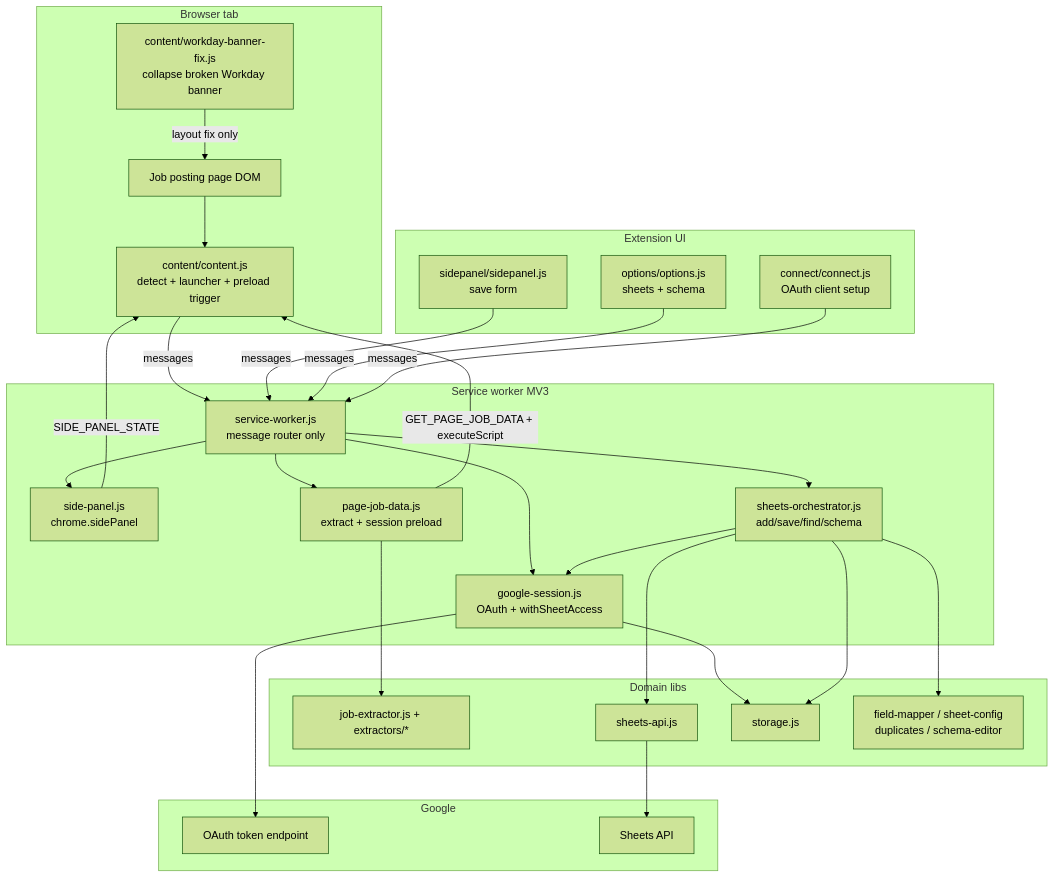
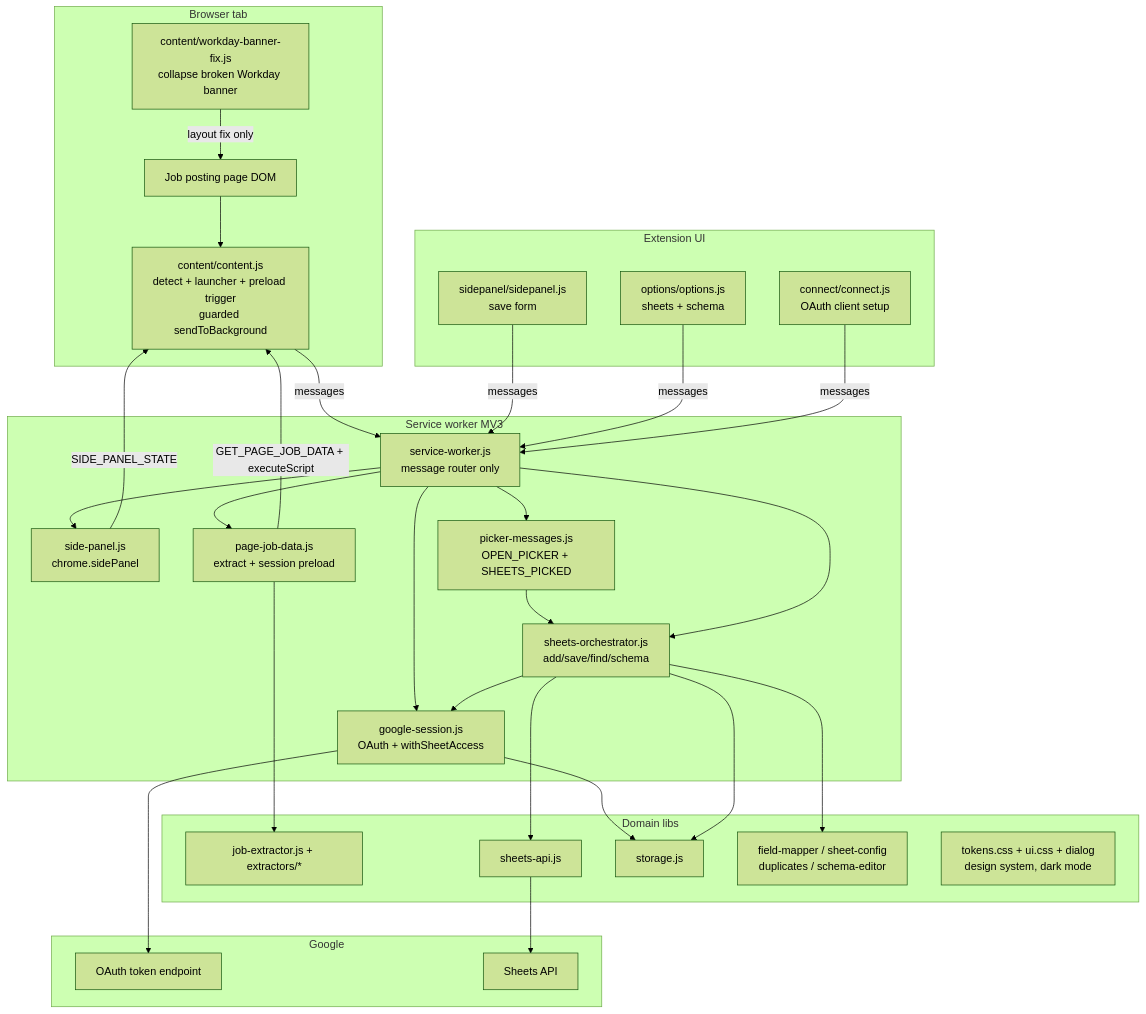
One commit to jayshah2005/JobTracker changed the first of 9 diagrams in diagrams/architecture.md. Above: the diagram before and after it, drawn with Mermaid (forest theme). The commit also changed other lines of this file and 72 other files, not shown here.

````diff
--- a/diagrams/architecture.md
+++ b/diagrams/architecture.md
@@ -13,57 +13,61 @@
 ```mermaid
 flowchart TB
   subgraph browser [Browser tab]
     Page[Job posting page DOM]
-    CS[content/content.js<br/>detect + launcher + preload trigger]
+    CS[content/content.js<br/>detect + launcher + preload trigger<br/>guarded sendToBackground]
     WBF[content/workday-banner-fix.js<br/>collapse broken Workday banner]
   end
 
   subgraph ui [Extension UI]
     SP[sidepanel/sidepanel.js<br/>save form]
     OPT[options/options.js<br/>sheets + schema]
     CON[connect/connect.js<br/>OAuth client setup]
   end
 
   subgraph sw [Service worker MV3]
     SW[service-worker.js<br/>message router only]
     Side[side-panel.js<br/>chrome.sidePanel]
     Auth[google-session.js<br/>OAuth + withSheetAccess]
+    PickerMsg[picker-messages.js<br/>OPEN_PICKER + SHEETS_PICKED]
     PJD[page-job-data.js<br/>extract + session preload]
     Orch[sheets-orchestrator.js<br/>add/save/find/schema]
   end
 
   subgraph libs [Domain libs]
     Ext[job-extractor.js + extractors/*]
     API[sheets-api.js]
     Store[storage.js]
     Map[field-mapper / sheet-config<br/>duplicates / schema-editor]
+    Css[tokens.css + ui.css + dialog<br/>design system, dark mode]
   end
 
   subgraph google [Google]
     OAuth[OAuth token endpoint]
     Sheets[Sheets API]
   end
 
   Page --> CS
   WBF -->|layout fix only| Page
   CS -->|messages| SW
   SP -->|messages| SW
   OPT -->|messages| SW
   CON -->|messages| SW
 
   SW --> Side
   SW --> Auth
+  SW --> PickerMsg
+  PickerMsg --> Orch
   SW --> PJD
   SW --> Orch
 
   Side -->|SIDE_PANEL_STATE| CS
   PJD -->|GET_PAGE_JOB_DATA + executeScript| CS
   PJD --> Ext
   Orch --> API
   Orch --> Map
   Orch --> Auth
   Auth --> Store
   Orch --> Store
   Auth --> OAuth
   API --> Sheets
 ```
````
